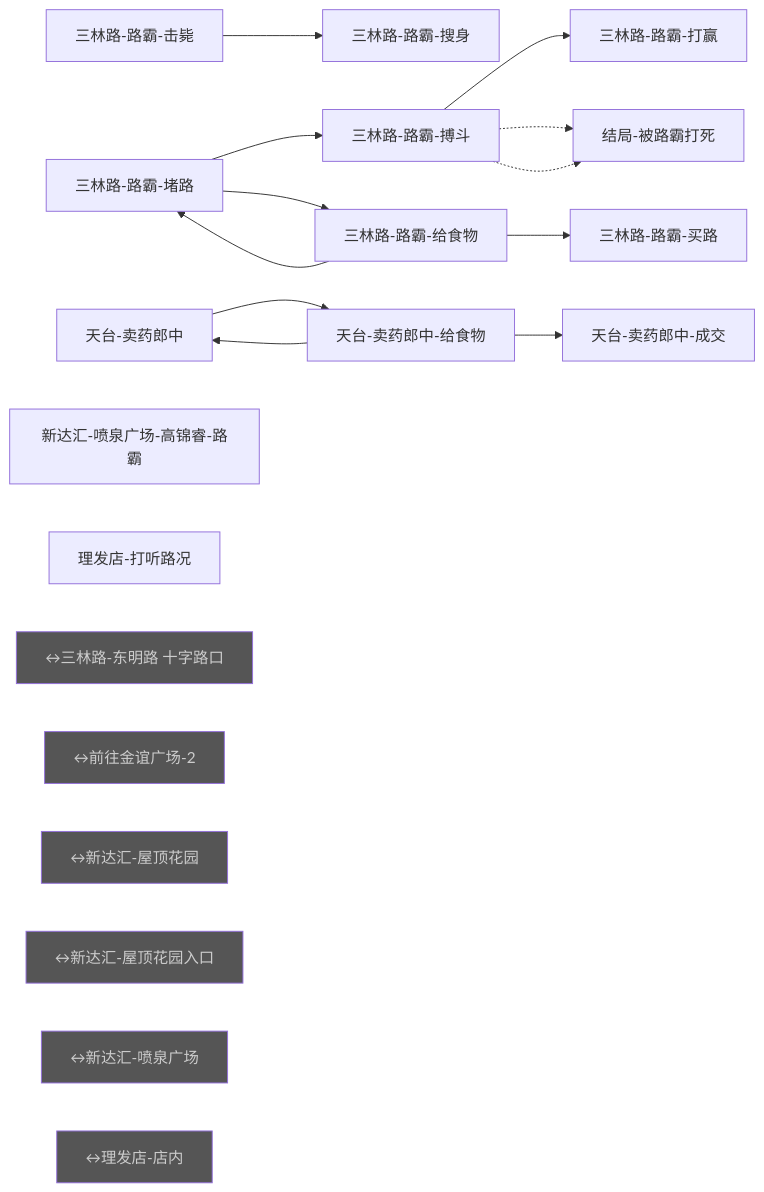
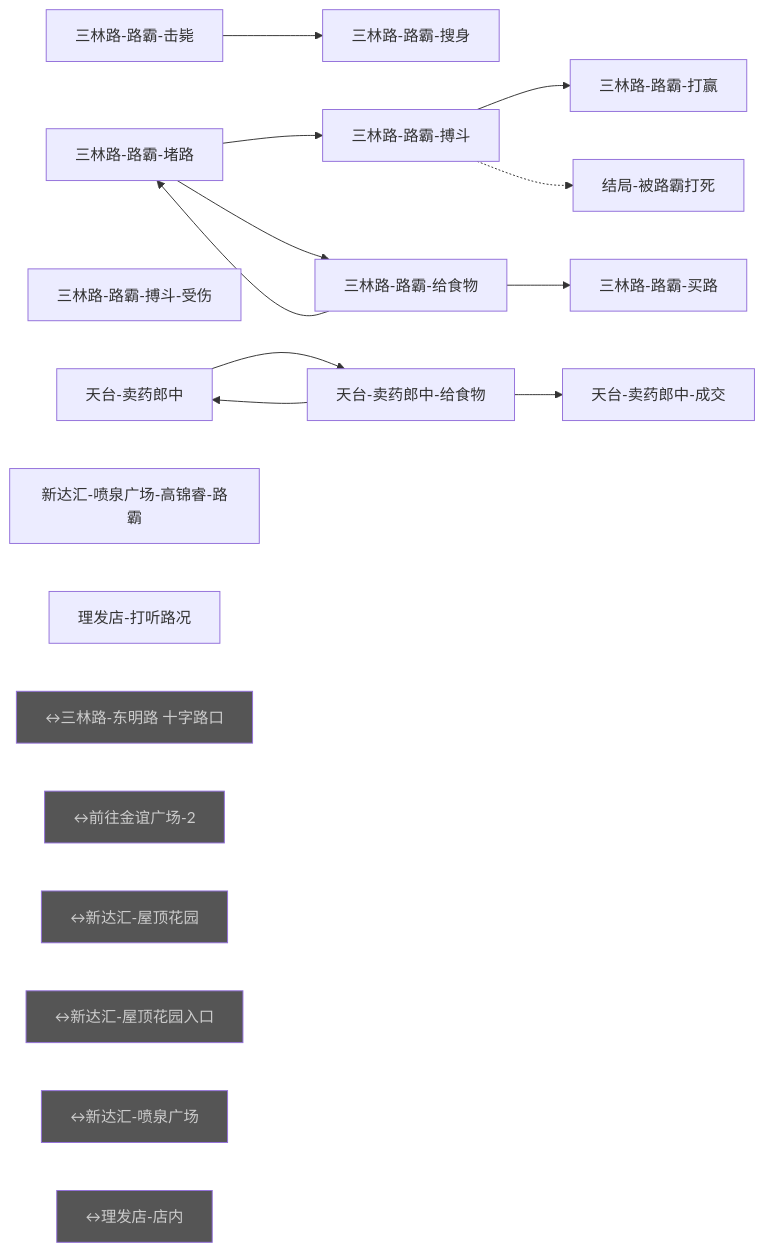
One commit to bobomymz/Plot-Game changed diagram 19 of 25 in tools/graph-report/总览.md. Above: the diagram before and after it, drawn with Mermaid. The commit also changed other lines of this file and 26 other files, not shown here.

````diff
--- a/tools/graph-report/总览.md
+++ b/tools/graph-report/总览.md
@@ -3792,34 +4053,34 @@
 ```mermaid
 flowchart LR
   n0["三林路-路霸-堵路"]
   n1["三林路-路霸-给食物"]
   n2["三林路-路霸-击毙"]
   n3["三林路-路霸-搜身"]
   n4["三林路-路霸-买路"]
   n5["三林路-路霸-搏斗"]
-  n6["三林路-路霸-打赢"]
-  n7["结局-被路霸打死"]
-  n8["天台-卖药郎中"]
-  n9["天台-卖药郎中-给食物"]
-  n10["天台-卖药郎中-成交"]
-  n11["新达汇-喷泉广场-高锦睿-路霸"]
-  n12["理发店-打听路况"]
-  n13["↔三林路-东明路 十字路口"]:::ext
-  n14["↔前往金谊广场-2"]:::ext
-  n15["↔新达汇-屋顶花园"]:::ext
-  n16["↔新达汇-屋顶花园入口"]:::ext
-  n17["↔新达汇-喷泉广场"]:::ext
-  n18["↔理发店-店内"]:::ext
+  n6["三林路-路霸-搏斗-受伤"]
+  n7["三林路-路霸-打赢"]
+  n8["结局-被路霸打死"]
+  n9["天台-卖药郎中"]
+  n10["天台-卖药郎中-给食物"]
+  n11["天台-卖药郎中-成交"]
+  n12["新达汇-喷泉广场-高锦睿-路霸"]
+  n13["理发店-打听路况"]
+  n14["↔三林路-东明路 十字路口"]:::ext
+  n15["↔前往金谊广场-2"]:::ext
+  n16["↔新达汇-屋顶花园"]:::ext
+  n17["↔新达汇-屋顶花园入口"]:::ext
+  n18["↔新达汇-喷泉广场"]:::ext
+  n19["↔理发店-店内"]:::ext
   n0 --> n5
   n0 --> n1
   n1 --> n0
   n1 --> n4
   n2 --> n3
-  n5 --> n6
-  n5 -.-> n7
-  n5 -.-> n7
-  n8 --> n9
-  n9 --> n8
+  n5 --> n7
+  n5 -.-> n8
   n9 --> n10
+  n10 --> n9
+  n10 --> n11
   classDef ext fill:#555,color:#ccc;
 ```
````
